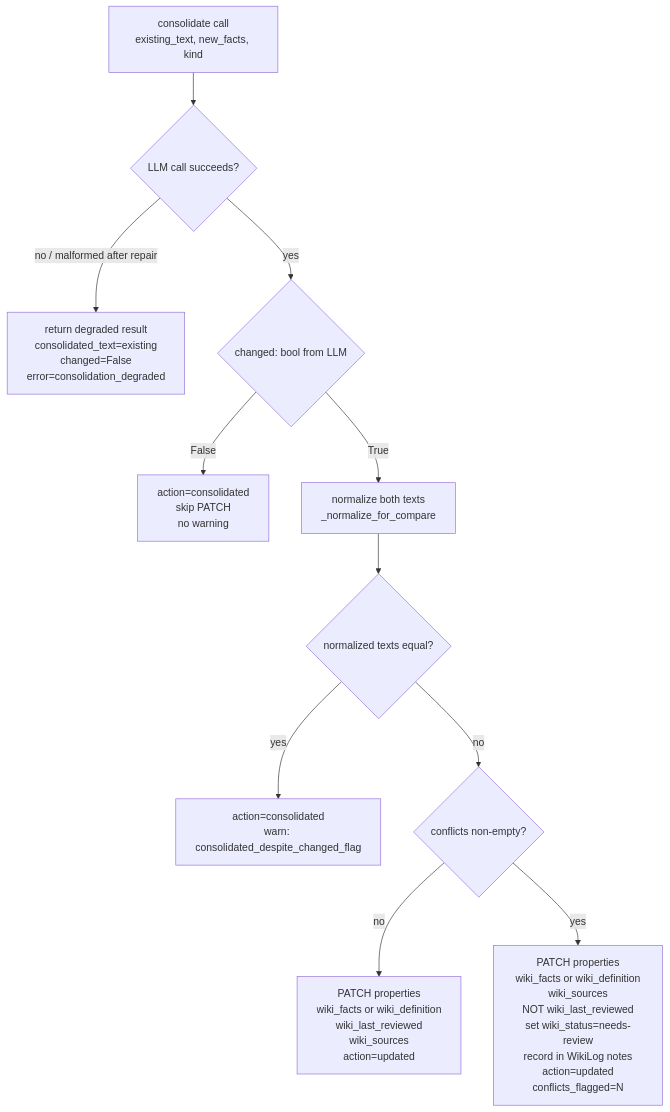
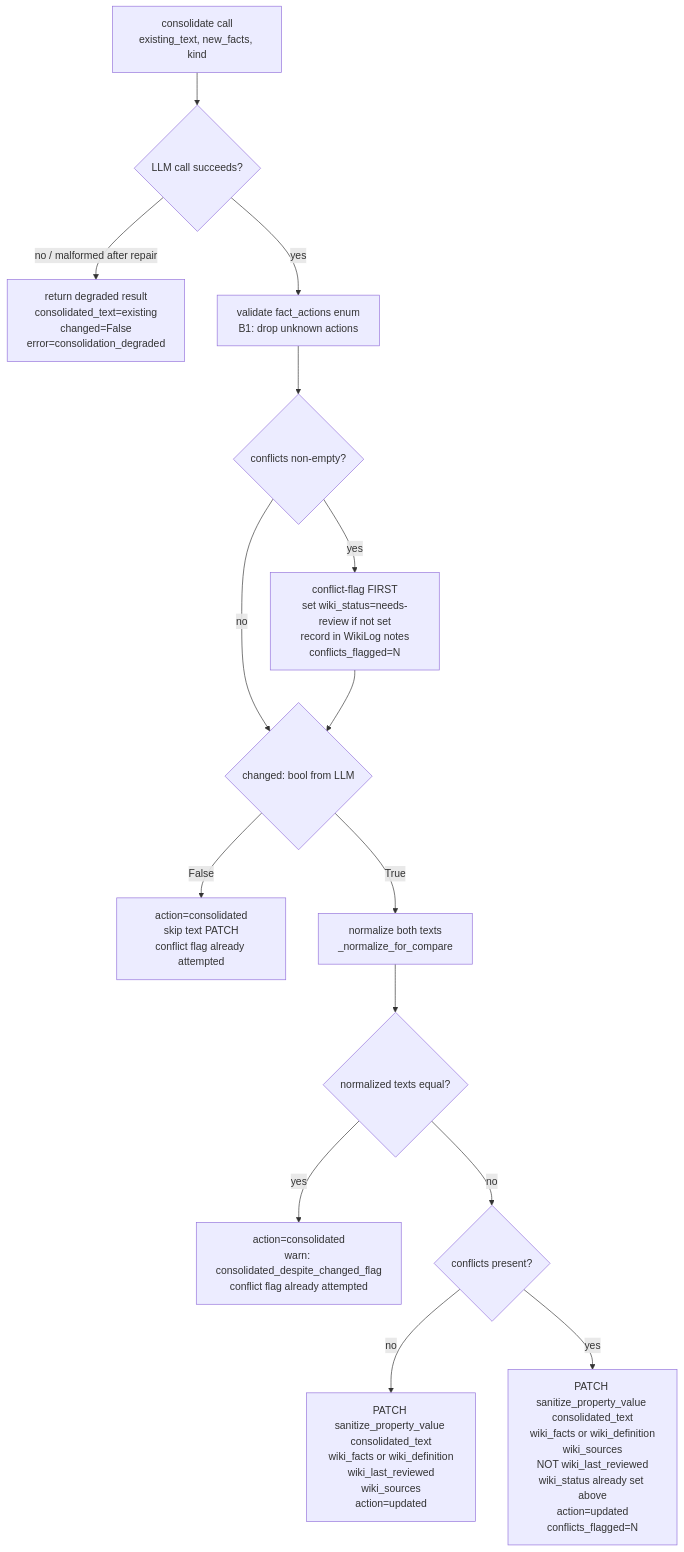
The second of 2 diagrams in .aldeia/289-anytype-llm-wiki-wiki-remember-llm-assisted-agent/spec.md (Aldeia-IT/anytype-llm-wiki), drawn with Mermaid before and after one commit. The commit also changed other lines of this file, not shown here.

First line of the commit message:
spec(289): address review-r1 findings (B1-B9, SF1-SF16, G1-G7)

````diff
--- a/.aldeia/289-anytype-llm-wiki-wiki-remember-llm-assisted-agent/spec.md
+++ b/.aldeia/289-anytype-llm-wiki-wiki-remember-llm-assisted-agent/spec.md
@@ -424,13 +646,17 @@
 ```mermaid
 flowchart TD
     A[consolidate call\nexisting_text, new_facts, kind] --> B{LLM call succeeds?}
     B -->|no / malformed after repair| C[return degraded result\nconsolidated_text=existing\nchanged=False\nerror=consolidation_degraded]
-    B -->|yes| D{changed: bool from LLM}
-    D -->|False| E[action=consolidated\nskip PATCH\nno warning]
+    B -->|yes| V[validate fact_actions enum\nB1: drop unknown actions]
+    V --> CF{conflicts non-empty?}
+    CF -->|yes| CG[conflict-flag FIRST\nset wiki_status=needs-review if not set\nrecord in WikiLog notes\nconflicts_flagged=N]
+    CF -->|no| D
+    CG --> D{changed: bool from LLM}
+    D -->|False| E[action=consolidated\nskip text PATCH\nconflict flag already attempted]
     D -->|True| F[normalize both texts\n_normalize_for_compare]
     F --> G{normalized texts equal?}
-    G -->|yes| H[action=consolidated\nwarn: consolidated_despite_changed_flag]
-    G -->|no| I{conflicts non-empty?}
-    I -->|no| J[PATCH properties\nwiki_facts or wiki_definition\nwiki_last_reviewed\nwiki_sources\naction=updated]
-    I -->|yes| K[PATCH properties\nwiki_facts or wiki_definition\nwiki_sources\nNOT wiki_last_reviewed\nset wiki_status=needs-review\nrecord in WikiLog notes\naction=updated\nconflicts_flagged=N]
+    G -->|yes| H[action=consolidated\nwarn: consolidated_despite_changed_flag\nconflict flag already attempted]
+    G -->|no| I{conflicts present?}
+    I -->|no| J[PATCH sanitize_property_value consolidated_text\nwiki_facts or wiki_definition\nwiki_last_reviewed\nwiki_sources\naction=updated]
+    I -->|yes| K[PATCH sanitize_property_value consolidated_text\nwiki_facts or wiki_definition\nwiki_sources\nNOT wiki_last_reviewed\nwiki_status already set above\naction=updated\nconflicts_flagged=N]
 ```
````
